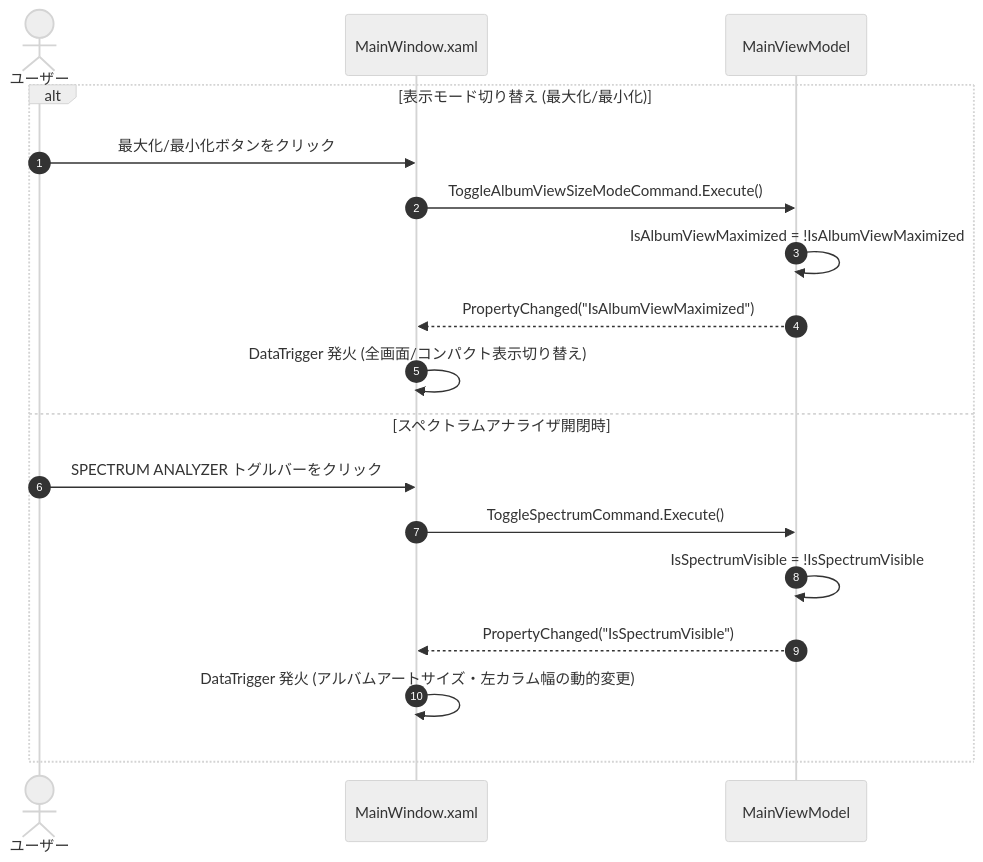
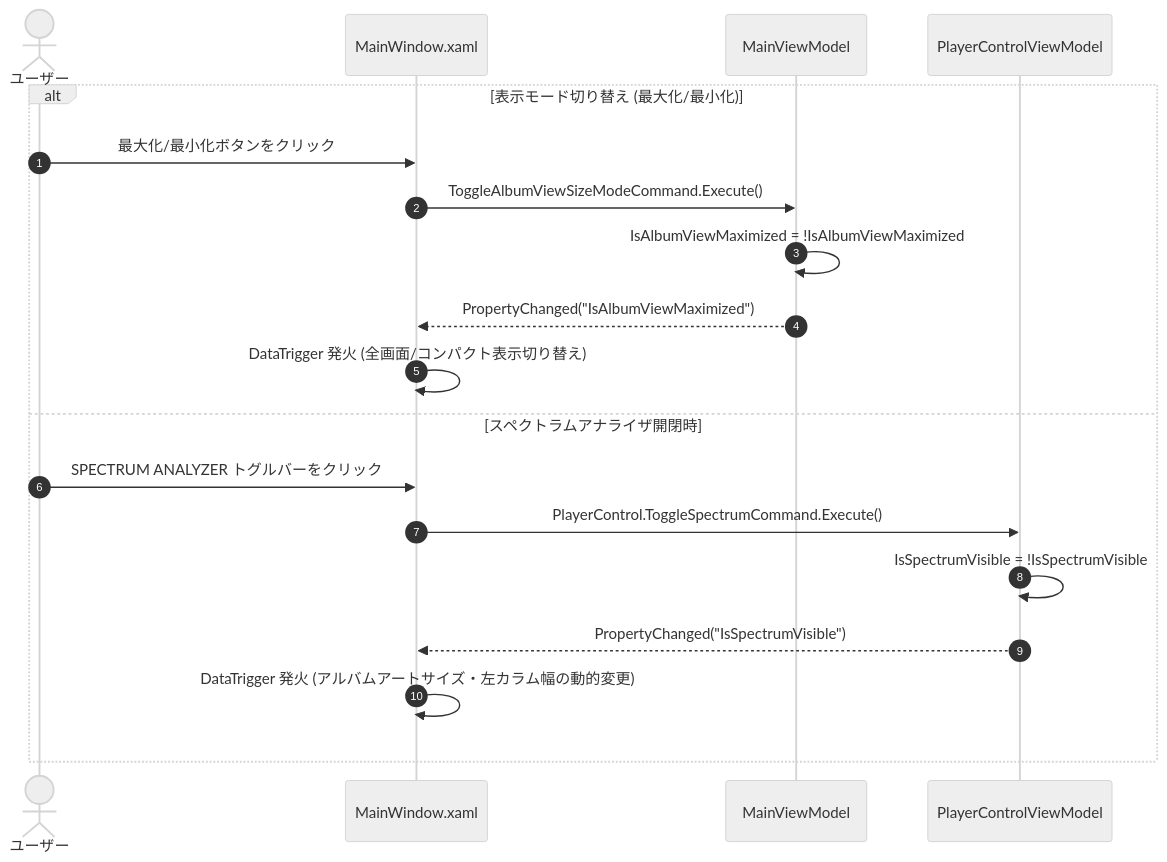
Before and after one commit to taketonnbo/Audio_Effector: the second of 2 diagrams in 設計/詳細設計/右側アルバム情報表示サイズ切り替え機能.md, drawn with Mermaid (neutral theme). The commit also changed other lines of this file and 13 other files, not shown here.

````diff
--- a/設計/詳細設計/右側アルバム情報表示サイズ切り替え機能.md
+++ b/設計/詳細設計/右側アルバム情報表示サイズ切り替え機能.md
@@ -66,21 +73,22 @@
 ```mermaid
 sequenceDiagram
     autonumber
     actor User as ユーザー
     participant View as MainWindow.xaml
-    participant VM as MainViewModel
+    participant MainVM as MainViewModel
+    participant PlayerVM as PlayerControlViewModel
 
     alt 表示モード切り替え (最大化/最小化)
         User->>View: 最大化/最小化ボタンをクリック
-        View->>VM: ToggleAlbumViewSizeModeCommand.Execute()
-        VM->>VM: IsAlbumViewMaximized = !IsAlbumViewMaximized
-        VM-->>View: PropertyChanged("IsAlbumViewMaximized")
+        View->>MainVM: ToggleAlbumViewSizeModeCommand.Execute()
+        MainVM->>MainVM: IsAlbumViewMaximized = !IsAlbumViewMaximized
+        MainVM-->>View: PropertyChanged("IsAlbumViewMaximized")
         View->>View: DataTrigger 発火 (全画面/コンパクト表示切り替え)
     else スペクトラムアナライザ開閉時
         User->>View: SPECTRUM ANALYZER トグルバーをクリック
-        View->>VM: ToggleSpectrumCommand.Execute()
-        VM->>VM: IsSpectrumVisible = !IsSpectrumVisible
-        VM-->>View: PropertyChanged("IsSpectrumVisible")
+        View->>PlayerVM: PlayerControl.ToggleSpectrumCommand.Execute()
+        PlayerVM->>PlayerVM: IsSpectrumVisible = !IsSpectrumVisible
+        PlayerVM-->>View: PropertyChanged("IsSpectrumVisible")
         View->>View: DataTrigger 発火 (アルバムアートサイズ・左カラム幅の動的変更)
     end
 ```
````
